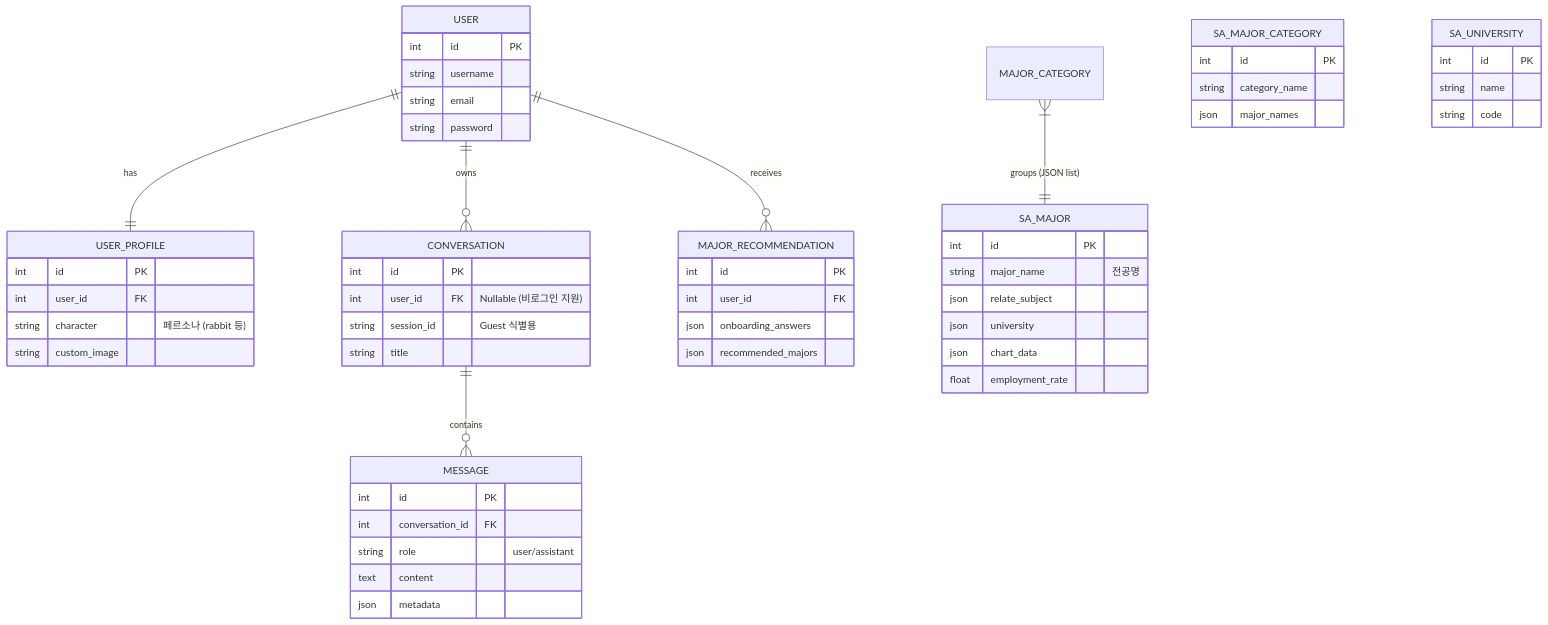
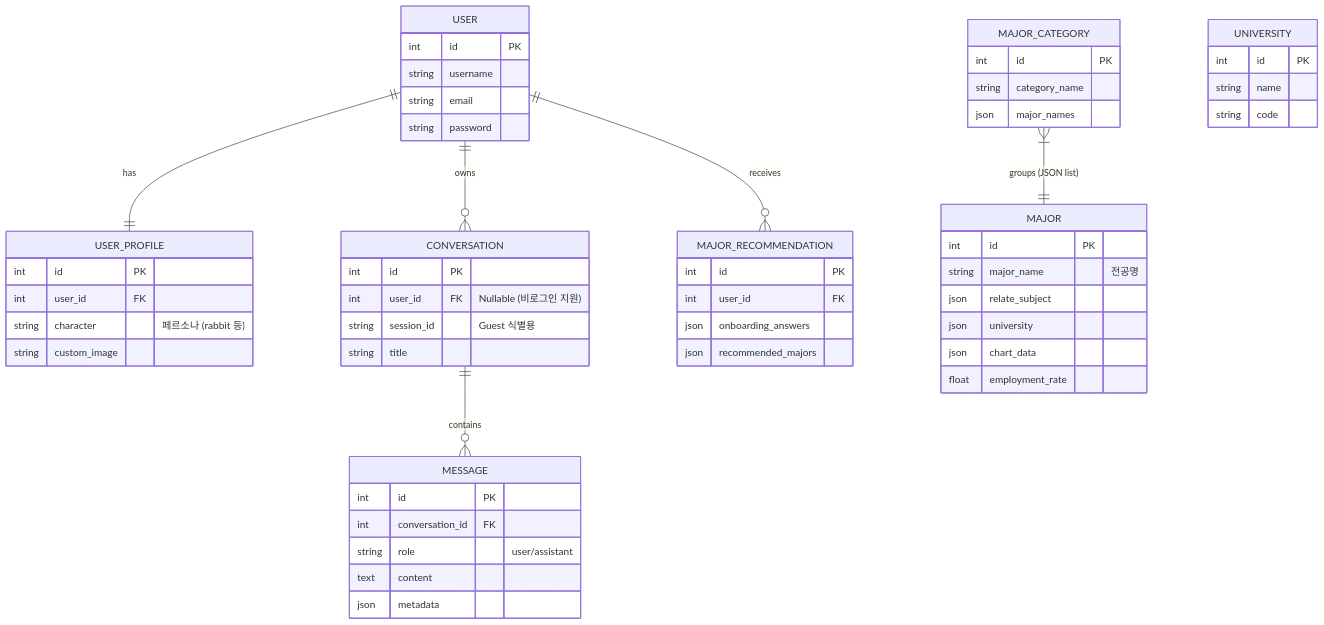
Before and after one commit to SKN19-3rd-1team/Unigo: the diagram in docs/1216_project_review.md, drawn with Mermaid. The commit also changed other lines of this file, not shown here.

````diff
--- a/docs/1216_project_review.md
+++ b/docs/1216_project_review.md
@@ -91,73 +91,73 @@
 ```mermaid
 erDiagram
     %% ==========================================
     %% 1. User & Chat Cluster (Django Native)
     %% ==========================================
     USER ||--|| USER_PROFILE : "has"
     USER ||--o{ CONVERSATION : "owns"
     USER ||--o{ MAJOR_RECOMMENDATION : "receives"
     CONVERSATION ||--o{ MESSAGE : "contains"
 
     USER {
         int id PK
         string username
         string email
         string password
     }
 
     USER_PROFILE {
         int id PK
         int user_id FK
         string character "페르소나 (rabbit 등)"
         string custom_image
     }
 
     CONVERSATION {
         int id PK
         int user_id FK "Nullable (비로그인 지원)"
         string session_id "Guest 식별용"
         string title
     }
 
     MESSAGE {
         int id PK
         int conversation_id FK
         string role "user/assistant"
         text content
         json metadata
     }
 
     MAJOR_RECOMMENDATION {
         int id PK
         int user_id FK
         json onboarding_answers
         json recommended_majors
     }
 
     %% ==========================================
     %% 2. AI Data Cluster (SQLAlchemy Managed)
     %% ** 실질적인 AI 데이터가 저장되는 곳 **
     %% ==========================================
-    MAJOR_CATEGORY |{--|| SA_MAJOR : "groups (JSON list)"
-    
-    SA_MAJOR {
+    MAJOR_CATEGORY |{--|| MAJOR : "groups (JSON list)"
+
+    MAJOR {
         int id PK
         string major_name "전공명"
         json relate_subject
         json university
         json chart_data
         float employment_rate
     }
-    
-    SA_MAJOR_CATEGORY {
+
+    MAJOR_CATEGORY {
         int id PK
         string category_name
         json major_names
     }
 
-    SA_UNIVERSITY {
+    UNIVERSITY {
         int id PK
         string name
         string code
     }
 ```
````
